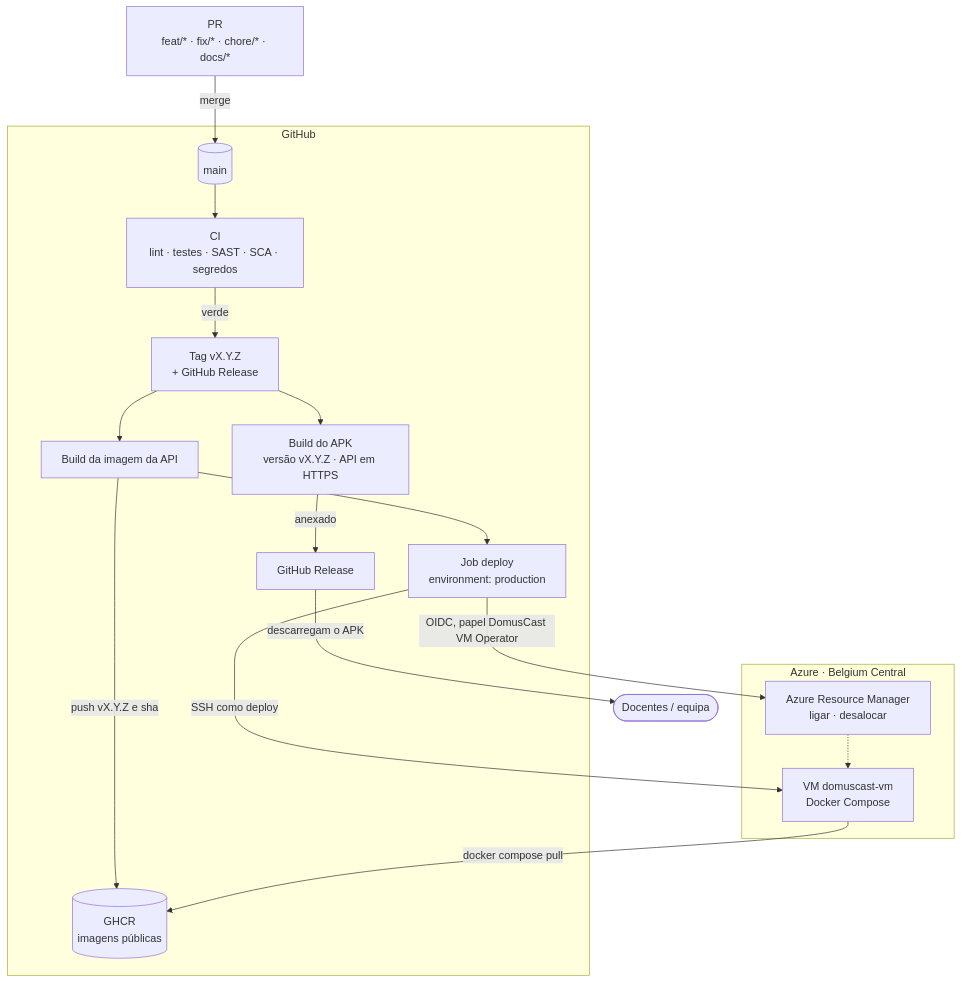
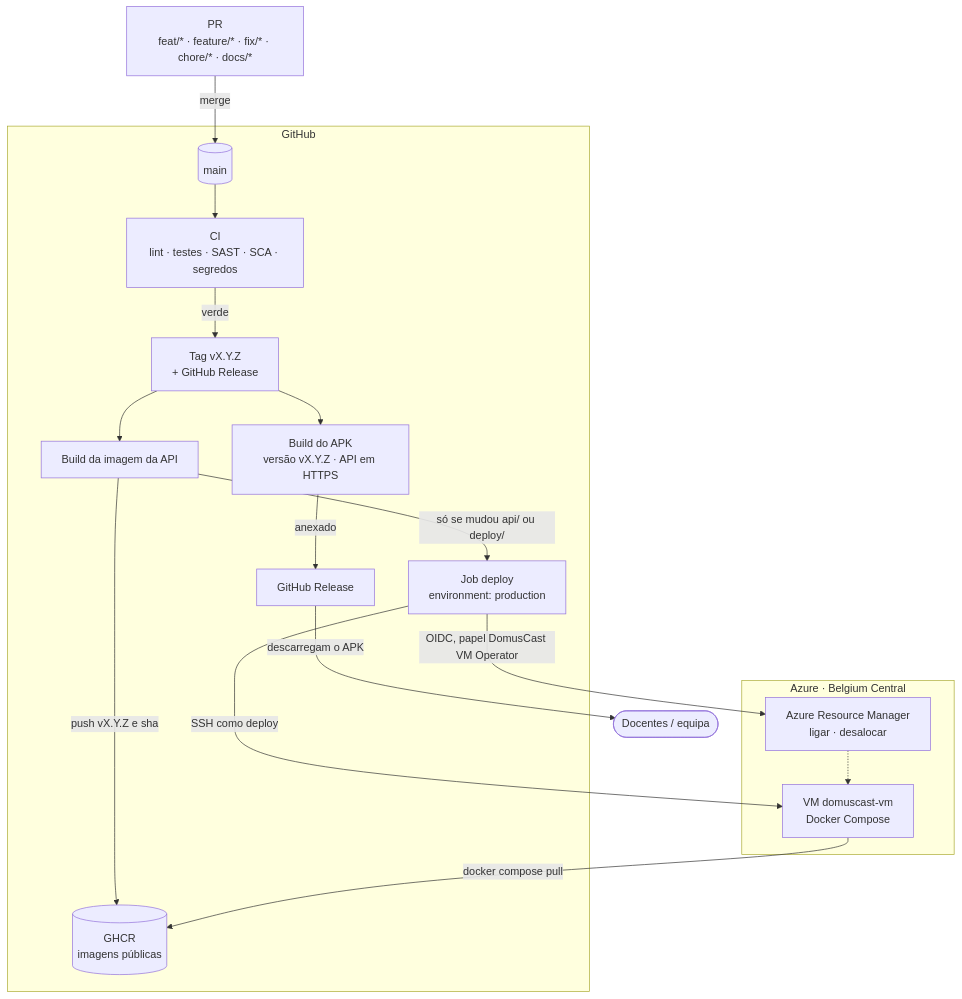
The first of 4 diagrams in docs/sprintB/VM/README.md (LMNSdev/LABDSOF_DOMUSCAST), drawn with Mermaid before and after one commit. The commit also changed other lines of this file and 5 other files, not shown here.

Commit message:
GitHub: deploy só quando o servidor muda; branches feature/ sobem o MINOR

````diff
--- a/docs/sprintB/VM/README.md
+++ b/docs/sprintB/VM/README.md
@@ -169,25 +169,25 @@
 ```mermaid
 flowchart TB
-    pr["PR<br/>feat/* · fix/* · chore/* · docs/*"] -->|merge| main[("main")]
+    pr["PR<br/>feat/* · feature/* · fix/* · chore/* · docs/*"] -->|merge| main[("main")]
 
     subgraph gh["GitHub"]
         main --> ci["CI<br/>lint · testes · SAST · SCA · segredos"]
         ci -->|verde| tag["Tag vX.Y.Z<br/>+ GitHub Release"]
         tag --> img["Build da imagem da API"]
         tag --> apk["Build do APK<br/>versão vX.Y.Z · API em HTTPS"]
         apk -->|anexado| ghrel["GitHub Release"]
         img -->|"push vX.Y.Z e sha"| ghcr[("GHCR<br/>imagens públicas")]
-        img --> dep["Job deploy<br/>environment: production"]
+        img -->|"só se mudou api/ ou deploy/"| dep["Job deploy<br/>environment: production"]
     end
 
     subgraph azure["Azure · Belgium Central"]
         ctrl["Azure Resource Manager<br/>ligar · desalocar"]
         vm["VM domuscast-vm<br/>Docker Compose"]
     end
 
     dep -->|"OIDC, papel DomusCast VM Operator"| ctrl
     ctrl -.-> vm
     dep -->|"SSH como deploy"| vm
     vm -->|"docker compose pull"| ghcr
     ghrel -->|"descarregam o APK"| docentes(["Docentes / equipa"])
 ```
````
